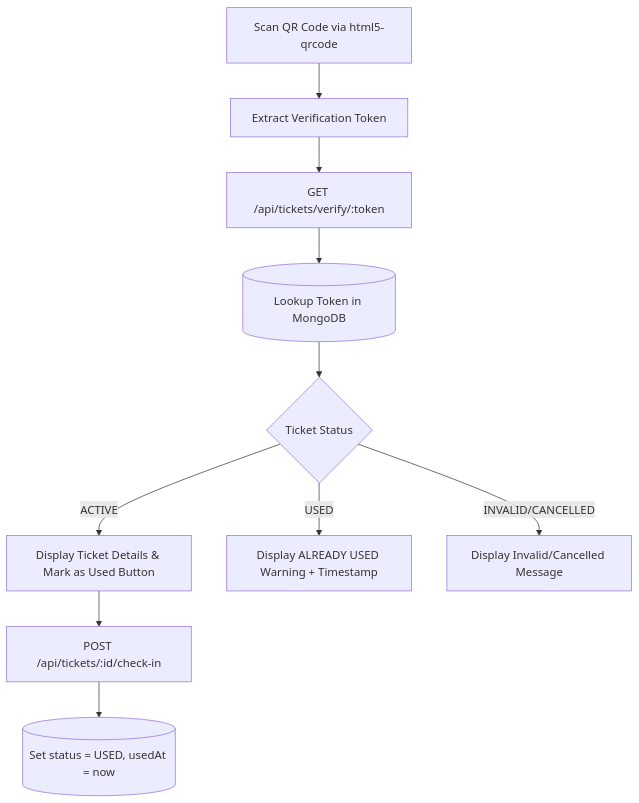
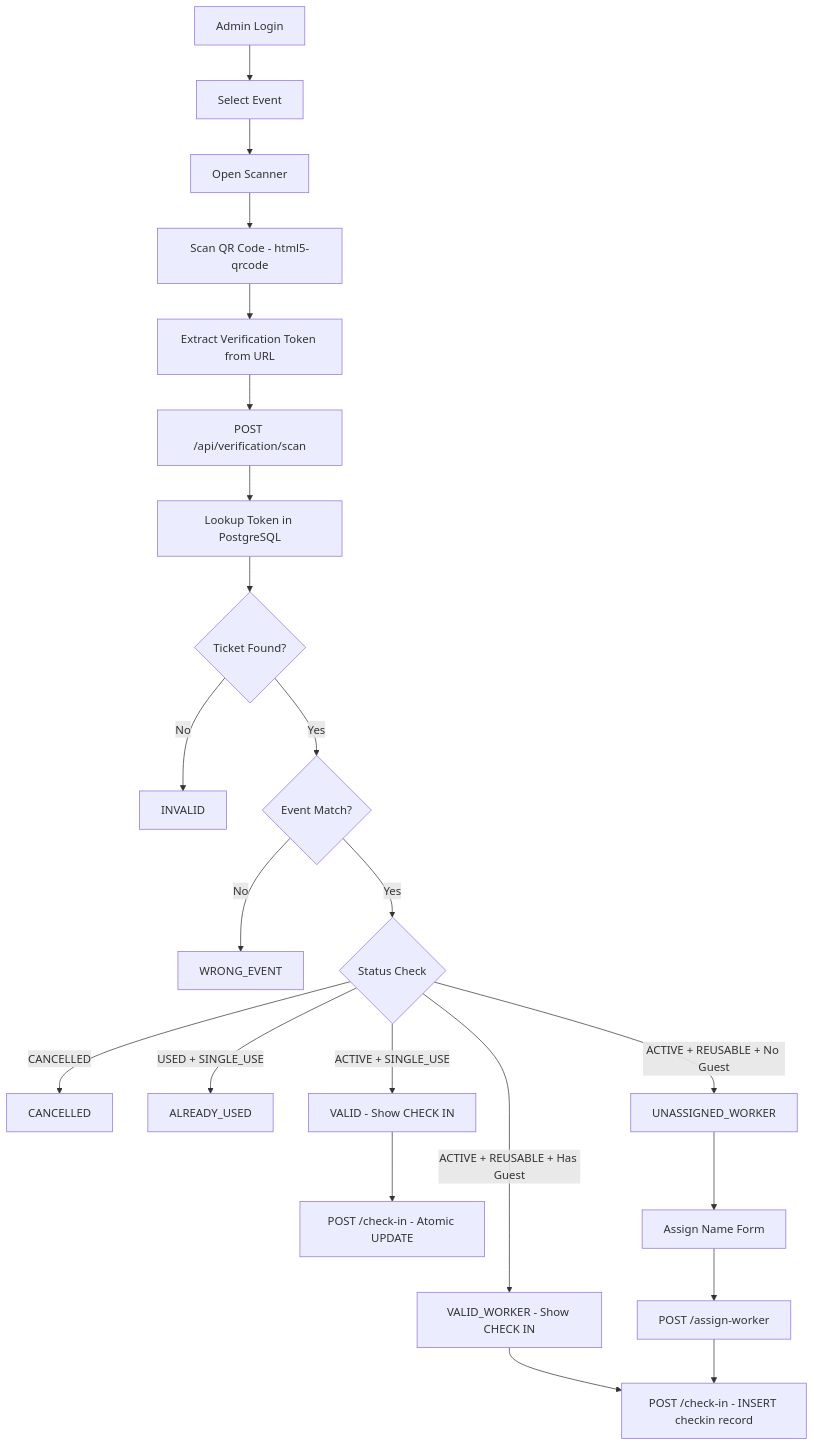
The fifth of 6 diagrams in docs/data-flow.md (praveen00198/ticketification), drawn with Mermaid before and after one commit. The commit also changed other lines of this file and 88 other files, not shown here.

Commit message:
feat: implement full-stack ticketing system with database schema, authentication, guest management, and event dashboard modules

````diff
--- a/docs/data-flow.md
+++ b/docs/data-flow.md
@@ -20,13 +62,25 @@
 ```mermaid
 flowchart TD
-    Scan[Scan QR Code via html5-qrcode] --> Token[Extract Verification Token]
-    Token --> BackendReq[GET /api/tickets/verify/:token]
-    BackendReq --> QueryDB[(Lookup Token in MongoDB)]
-    QueryDB --> StatusCheck{Ticket Status}
-    StatusCheck -->|ACTIVE| Valid[Display Ticket Details & Mark as Used Button]
-    StatusCheck -->|USED| AlreadyUsed[Display ALREADY USED Warning + Timestamp]
-    StatusCheck -->|INVALID/CANCELLED| ErrorState[Display Invalid/Cancelled Message]
+    A[Admin Login] --> B[Select Event]
+    B --> C[Open Scanner]
+    C --> D[Scan QR Code - html5-qrcode]
+    D --> E[Extract Verification Token from URL]
+    E --> F[POST /api/verification/scan]
+    F --> G[Lookup Token in PostgreSQL]
+    G --> H{Ticket Found?}
+    H -->|No| I[INVALID]
+    H -->|Yes| J{Event Match?}
+    J -->|No| K[WRONG_EVENT]
+    J -->|Yes| L{Status Check}
+    L -->|CANCELLED| M[CANCELLED]
+    L -->|USED + SINGLE_USE| N[ALREADY_USED]
+    L -->|ACTIVE + SINGLE_USE| O[VALID - Show CHECK IN]
+    L -->|ACTIVE + REUSABLE + No Guest| P[UNASSIGNED_WORKER]
+    L -->|ACTIVE + REUSABLE + Has Guest| Q[VALID_WORKER - Show CHECK IN]
     
-    Valid --> CheckIn[POST /api/tickets/:id/check-in]
-    CheckIn --> MutateDB[(Set status = USED, usedAt = now)]
+    O --> R[POST /check-in - Atomic UPDATE]
+    Q --> S[POST /check-in - INSERT checkin record]
+    P --> T[Assign Name Form]
+    T --> U[POST /assign-worker]
+    U --> S
 ```
````
